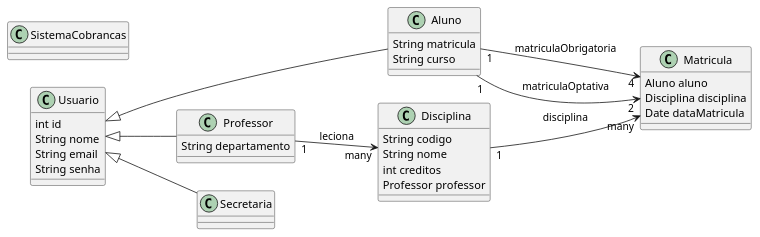
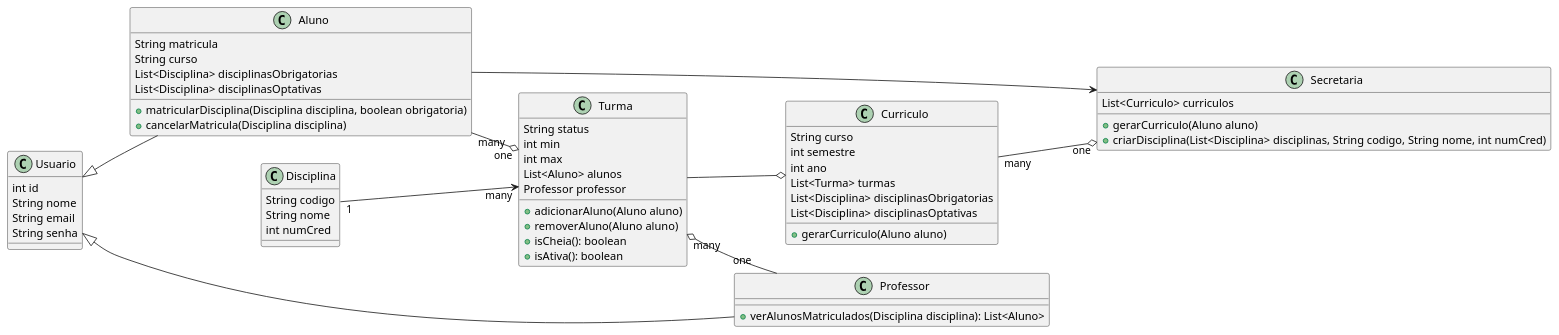
Before and after one commit to PedroRamos98/SistemaDeMatriculas: the diagram in project/code/DiagramaDeClasses.puml, drawn with PlantUML. The commit also changed 14 other files, not shown here.

```diff
--- a/project/code/DiagramaDeClasses.puml
+++ b/project/code/DiagramaDeClasses.puml
@@ -1,49 +1,69 @@
 @startuml
 
 left to right direction
 
 class Usuario {
     int id
     String nome
     String email
     String senha
 }
 
 class Aluno {
     String matricula
     String curso
+    List<Disciplina> disciplinasObrigatorias
+    List<Disciplina> disciplinasOptativas
+    +matricularDisciplina(Disciplina disciplina, boolean obrigatoria)
+    +cancelarMatricula(Disciplina disciplina)
 }
 
 class Professor {
-    String departamento
+    +verAlunosMatriculados(Disciplina disciplina): List<Aluno>
+}
+
+class Curriculo {
+    String curso
+    int semestre
+    int ano
+    List<Turma> turmas
+    List<Disciplina> disciplinasObrigatorias
+    List<Disciplina> disciplinasOptativas
+    +gerarCurriculo(Aluno aluno)
 }
 
 class Secretaria {
-}
-
-class SistemaCobrancas {
+    List<Curriculo> curriculos
+    +gerarCurriculo(Aluno aluno)
+    +criarDisciplina(List<Disciplina> disciplinas, String codigo, String nome, int numCred)
 }
 
 class Disciplina {
     String codigo
     String nome
-    int creditos
-    Professor professor
+    int numCred
+
 }
 
-class Matricula {
-    Aluno aluno
-    Disciplina disciplina
-    Date dataMatricula
+class Turma {
+    String status
+    int min
+    int max
+    List<Aluno> alunos
+    Professor professor
+    +adicionarAluno(Aluno aluno)
+    +removerAluno(Aluno aluno)
+    +isCheia(): boolean
+    +isAtiva(): boolean
 }
 
+Aluno --> Secretaria
 Usuario <|-- Aluno
 Usuario <|-- Professor
-Usuario <|-- Secretaria
-
-Aluno "1" --> "4" Matricula : matriculaObrigatoria
-Aluno "1" --> "2" Matricula : matriculaOptativa
-Disciplina "1" --> "many" Matricula : disciplina
-Professor "1" --> "many" Disciplina : leciona
+Aluno "many" --o "one" Turma
+Turma "many" o-- "one" Professor
+Turma --o Curriculo
+Disciplina "1" --> "many" Turma
+Curriculo "many" --o "one" Secretaria
 
 @enduml
```
